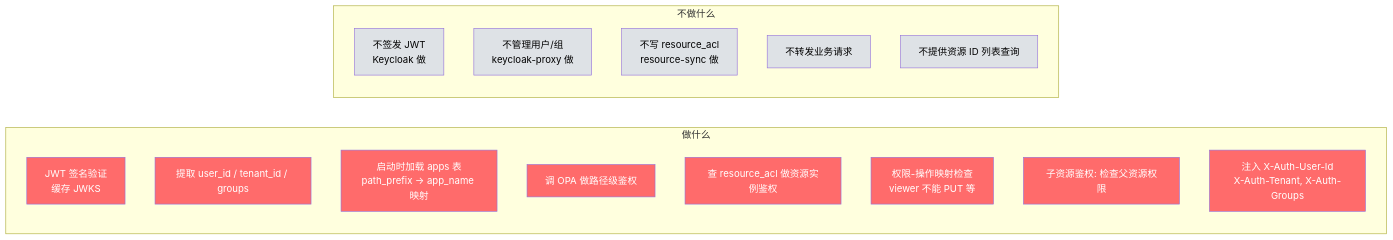
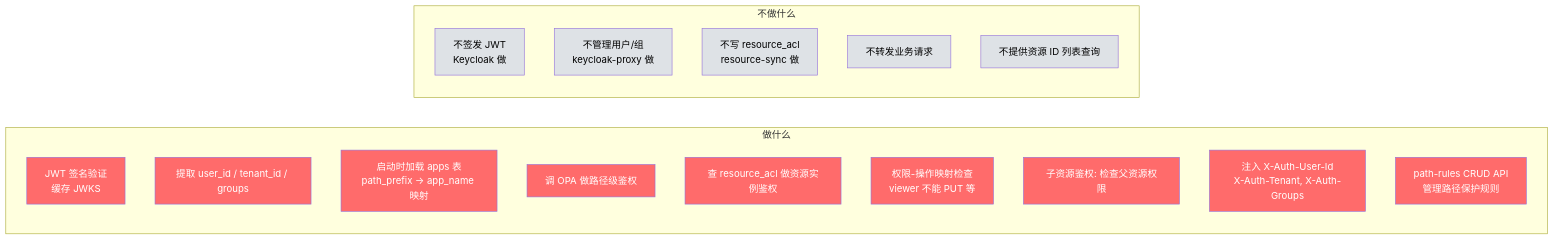
The third of 10 diagrams in diagrams/component-responsibility.md (xiewanchao/aidp-iam), drawn with Mermaid before and after one commit. The commit also changed other lines of this file and 43 other files, not shown here.

````diff
--- a/diagrams/component-responsibility.md
+++ b/diagrams/component-responsibility.md
@@ -122,35 +123,37 @@
 ```mermaid
 flowchart LR
     subgraph 做什么
         A1[JWT 签名验证<br/>缓存 JWKS]
         A2[提取 user_id / tenant_id / groups]
         A3[启动时加载 apps 表<br/>path_prefix → app_name 映射]
         A4[调 OPA 做路径级鉴权]
         A5[查 resource_acl 做资源实例鉴权]
         A6[权限-操作映射检查<br/>viewer 不能 PUT 等]
         A7[子资源鉴权: 检查父资源权限]
         A8[注入 X-Auth-User-Id<br/>X-Auth-Tenant, X-Auth-Groups]
+        A9[path-rules CRUD API<br/>管理路径保护规则]
     end
 
     subgraph 不做什么
         B1[不签发 JWT<br/>Keycloak 做]
         B2[不管理用户/组<br/>keycloak-proxy 做]
         B3[不写 resource_acl<br/>resource-sync 做]
         B4[不转发业务请求]
         B5[不提供资源 ID 列表查询]
     end
 
     style A1 fill:#ff6b6b,color:#fff
     style A2 fill:#ff6b6b,color:#fff
     style A3 fill:#ff6b6b,color:#fff
     style A4 fill:#ff6b6b,color:#fff
     style A5 fill:#ff6b6b,color:#fff
     style A6 fill:#ff6b6b,color:#fff
     style A7 fill:#ff6b6b,color:#fff
     style A8 fill:#ff6b6b,color:#fff
+    style A9 fill:#ff6b6b,color:#fff
     style B1 fill:#dee2e6,color:#000
     style B2 fill:#dee2e6,color:#000
     style B3 fill:#dee2e6,color:#000
     style B4 fill:#dee2e6,color:#000
     style B5 fill:#dee2e6,color:#000
 ```
````
